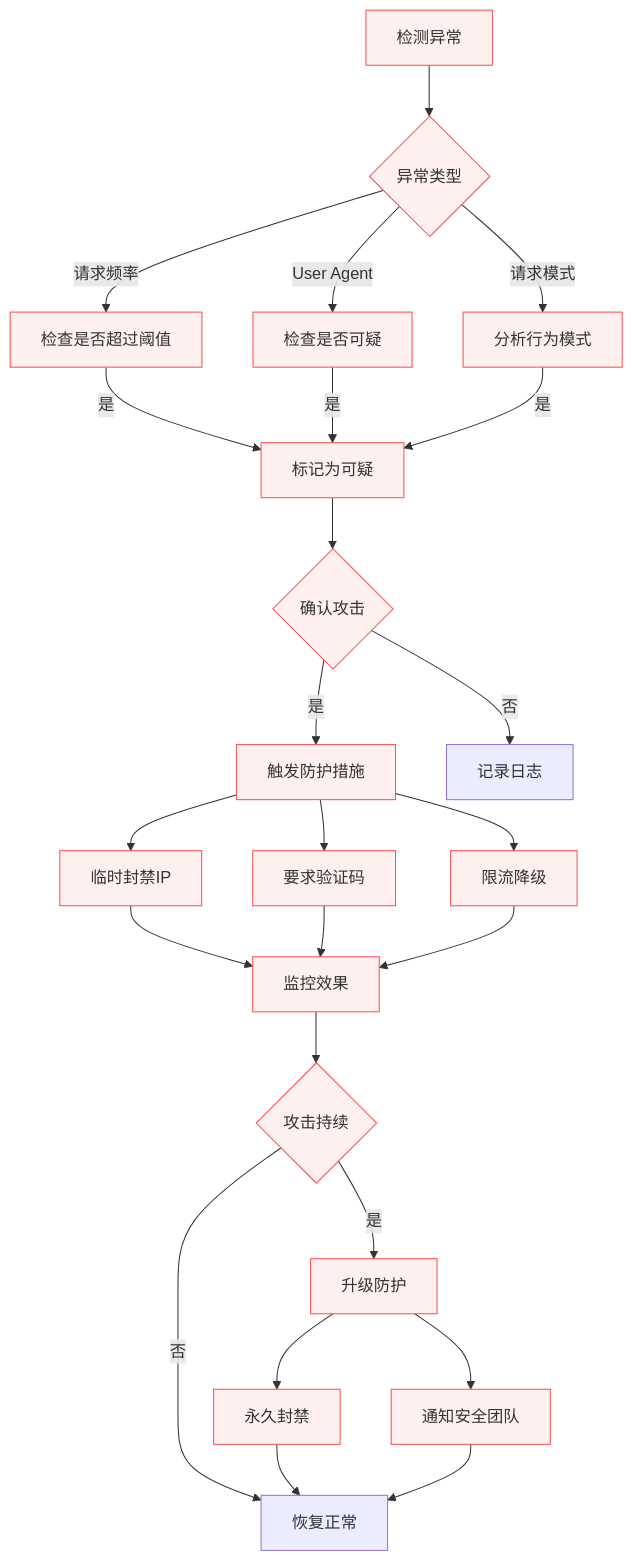
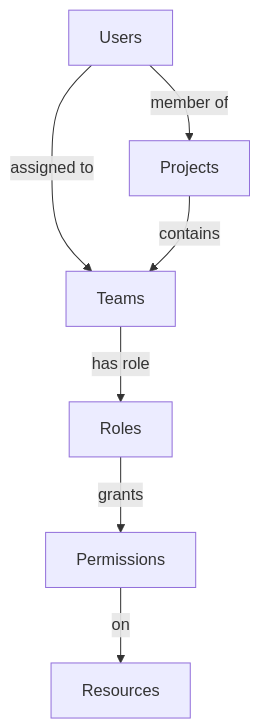
One commit to iiooiioo888/god_fo_python changed the eighth of 11 diagrams in doc/ch1re.md. Above: the diagram before and after it, drawn with Mermaid. The commit also changed other lines of this file and 1 other file, not shown here.

````diff
--- a/doc/ch1re.md
+++ b/doc/ch1re.md
@@ -3034,35 +637,9 @@
 ```mermaid
 flowchart TD
-    A[检测异常] --> B{异常类型}
-    B -->|请求频率| C[检查是否超过阈值]
-    B -->|User Agent| D[检查是否可疑]
-    B -->|请求模式| E[分析行为模式]
-    
-    C -->|是| F[标记为可疑]
-    D -->|是| F
-    E -->|是| F
-    
-    F --> G{确认攻击}
-    G -->|是| H[触发防护措施]
-    G -->|否| I[记录日志]
-    
-    H --> J[临时封禁IP]
-    H --> K[要求验证码]
-    H --> L[限流降级]
-    
-    J --> M[监控效果]
-    K --> M
-    L --> M
-    
-    M --> N{攻击持续}
-    N -->|是| O[升级防护]
-    N -->|否| P[恢复正常]
-    
-    O --> Q[永久封禁]
-    O --> R[通知安全团队]
-    Q --> P
-    R --> P
-    
-    classDef attack fill:#fff0f0,stroke:#ff4d4f;
-    class A,B,C,D,E,F,G,H,J,K,L,M,N,O,Q,R attack;
+    A[Users] -->|member of| B[Projects]
+    A -->|assigned to| C[Teams]
+    B -->|contains| C
+    C -->|has role| D[Roles]
+    D -->|grants| E[Permissions]
+    E -->|on| F[Resources]
 ```
````
